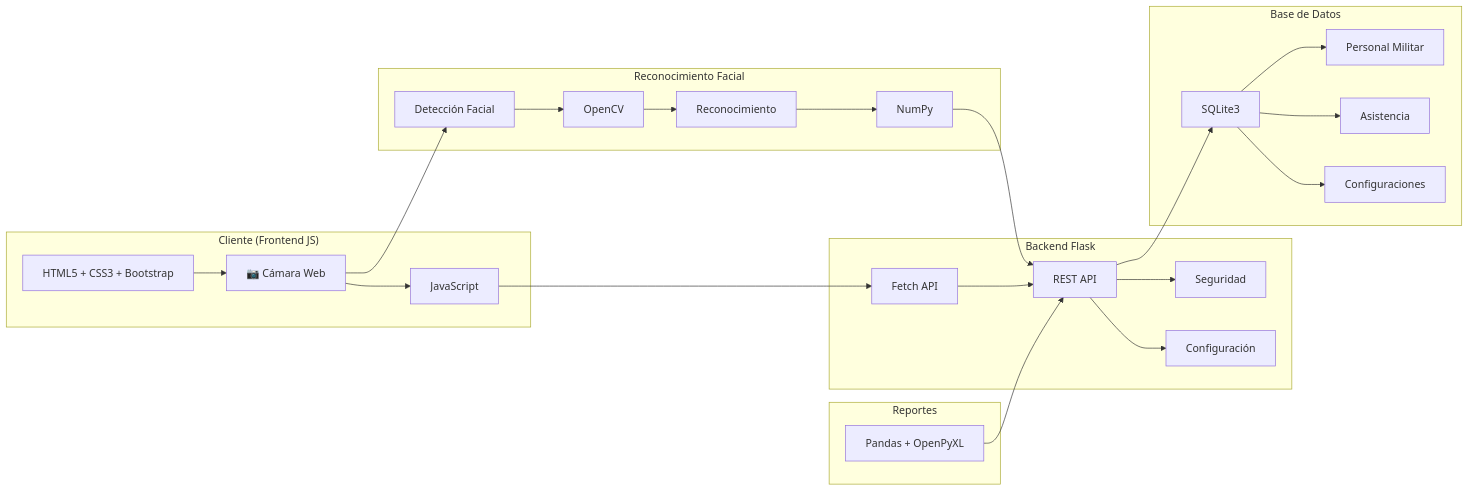
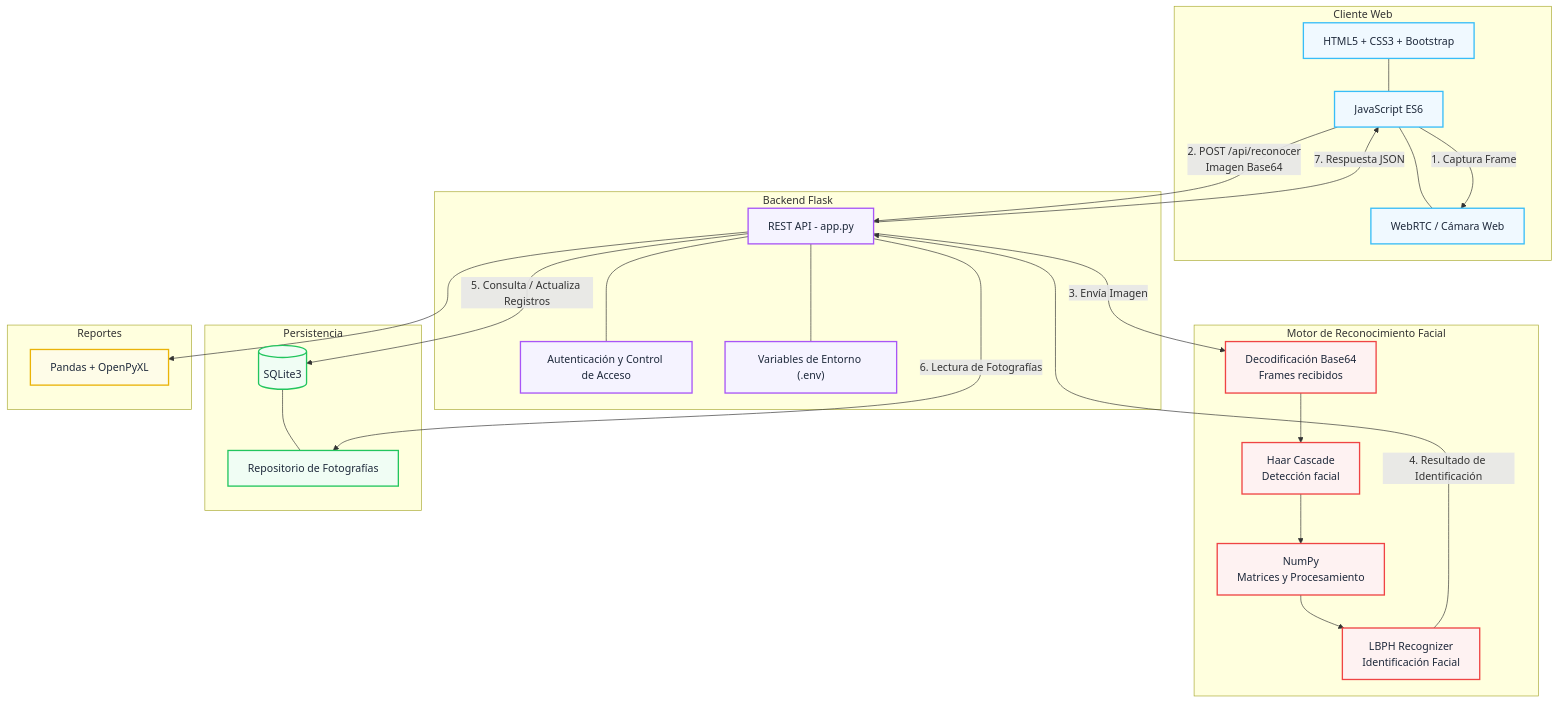
The first of 9 diagrams in README.md (rossellcristinacobis2004-cloud/MILFACE), drawn with Mermaid before and after one commit.

Commit message:
Refactor system architecture diagram in README

````diff
--- a/README.md
+++ b/README.md
@@ -73,51 +72,65 @@
 ```mermaid
-flowchart LR
+flowchart TB
+subgraph Frontend["Cliente Web"]
+    UI["HTML5 + CSS3 + Bootstrap"]
+    JS["JavaScript ES6"]
+    Cam["WebRTC / Cámara Web"]
+end
 
- subgraph Client[" Cliente (Frontend JS)"]
-        HTML5["HTML5 + CSS3 + Bootstrap"]
-        JS["JavaScript"]
-        Camara["📷 Cámara Web"]
-  end
+subgraph Backend["Backend Flask"]
+    Router["REST API - app.py"]
+    Auth["Autenticación y Control de Acceso"]
+    Config["Variables de Entorno (.env)"]
+end
 
- subgraph FacialAnalysis[" Reconocimiento Facial"]
-        Cascada["Detección Facial"]
-        OpenCV["OpenCV"]
-        LIBH["Reconocimiento"]
-        NumPy["NumPy"]
-  end
+subgraph CoreAI["Motor de Reconocimiento Facial"]
+    Decoder["Decodificación Base64<br/>Frames recibidos"]
+    Haar["Haar Cascade<br/>Detección facial"]
+    Numpy["NumPy<br/>Matrices y Procesamiento"]
+    LBPH["LBPH Recognizer<br/>Identificación Facial"]
+end
 
- subgraph Backend[" Backend Flask"]
-        API["REST API"]
-        Fetch["Fetch API"]
-        DecoLog["Seguridad"]
-        ConfigSec["Configuración"]
-  end
+subgraph Database["Persistencia"]
+    SQLite[("SQLite3")]
+    Fotos["Repositorio de Fotografías"]
+end
 
- subgraph Database[" Base de Datos"]
-        SQL["SQLite3"]
-        Table1["Personal Militar"]
-        Table2["Asistencia"]
-        Table3["Configuraciones"]
-  end
+subgraph Analytics["Reportes"]
+    Pandas["Pandas + OpenPyXL"]
+end
 
- subgraph Reports[" Reportes"]
-        ReportModule["Pandas + OpenPyXL"]
-  end
+UI --- JS
+JS --- Cam
 
-    HTML5 --> Camara
-    Camara --> Cascada
-    Camara --> JS
-    JS --> Fetch
-    Cascada --> OpenCV
-    OpenCV --> LIBH
-    LIBH --> NumPy
-    NumPy --> API
-    Fetch --> API
-    API --> DecoLog
-    API --> ConfigSec
-    API --> SQL
-    SQL --> Table1
-    SQL --> Table2
-    SQL --> Table3
-    ReportModule --> API
+Router --- Auth
+Router --- Config
+
+Decoder --> Haar
+Haar --> Numpy
+Numpy --> LBPH
+
+SQLite --- Fotos
+
+JS -- "1. Captura Frame" --> Cam
+JS -- "2. POST /api/reconocer<br/>Imagen Base64" --> Router
+Router -- "3. Envía Imagen" --> Decoder
+
+LBPH -- "4. Resultado de Identificación" --> Router
+Router -- "5. Consulta / Actualiza Registros" --> SQLite
+Router -- "6. Lectura de Fotografías" --> Fotos
+Router -- "7. Respuesta JSON" --> JS
+
+Router --> Pandas
+
+classDef frontend fill:#f0f9ff,stroke:#38bdf8,stroke-width:2px,color:#1e293b
+classDef backend fill:#f5f3ff,stroke:#a855f7,stroke-width:2px,color:#1e293b
+classDef ai fill:#fef2f2,stroke:#ef4444,stroke-width:2px,color:#1e293b
+classDef db fill:#f0fdf4,stroke:#22c55e,stroke-width:2px,color:#1e293b
+classDef tools fill:#fefce8,stroke:#eab308,stroke-width:2px,color:#1e293b
+
+class UI,JS,Cam frontend
+class Router,Auth,Config backend
+class Decoder,Haar,Numpy,LBPH ai
+class SQLite,Fotos db
+class Pandas tools
 ```
````
